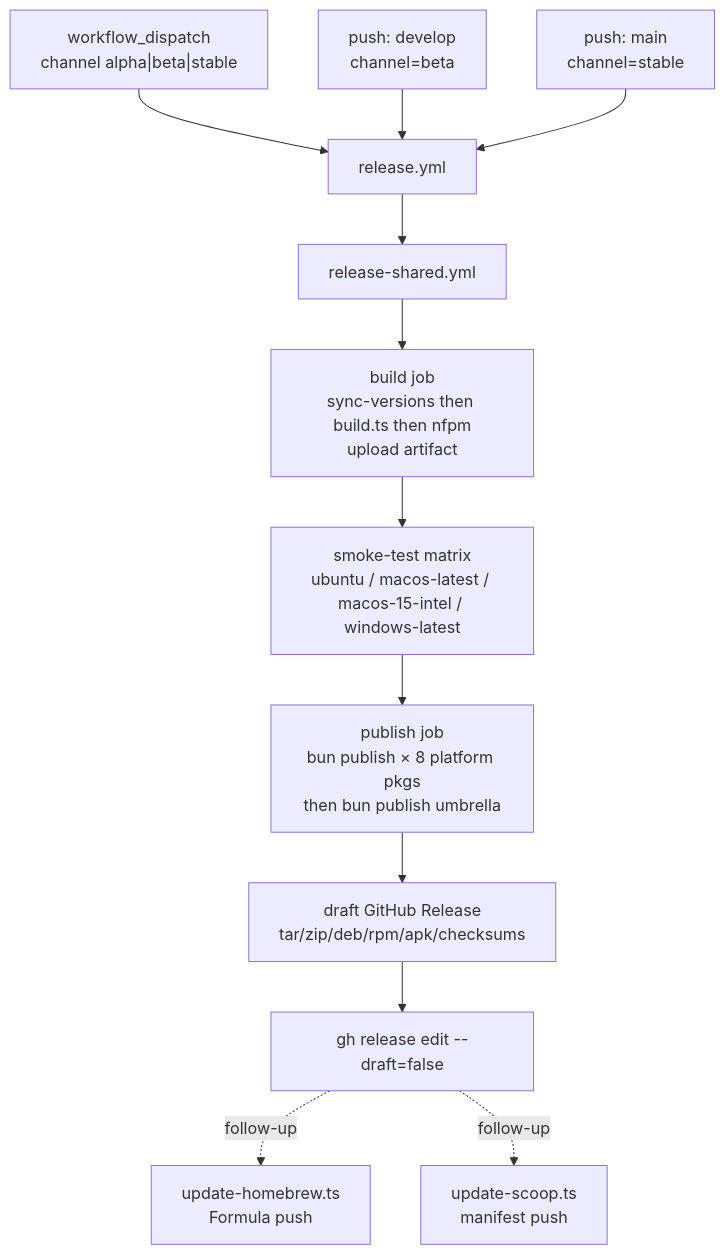
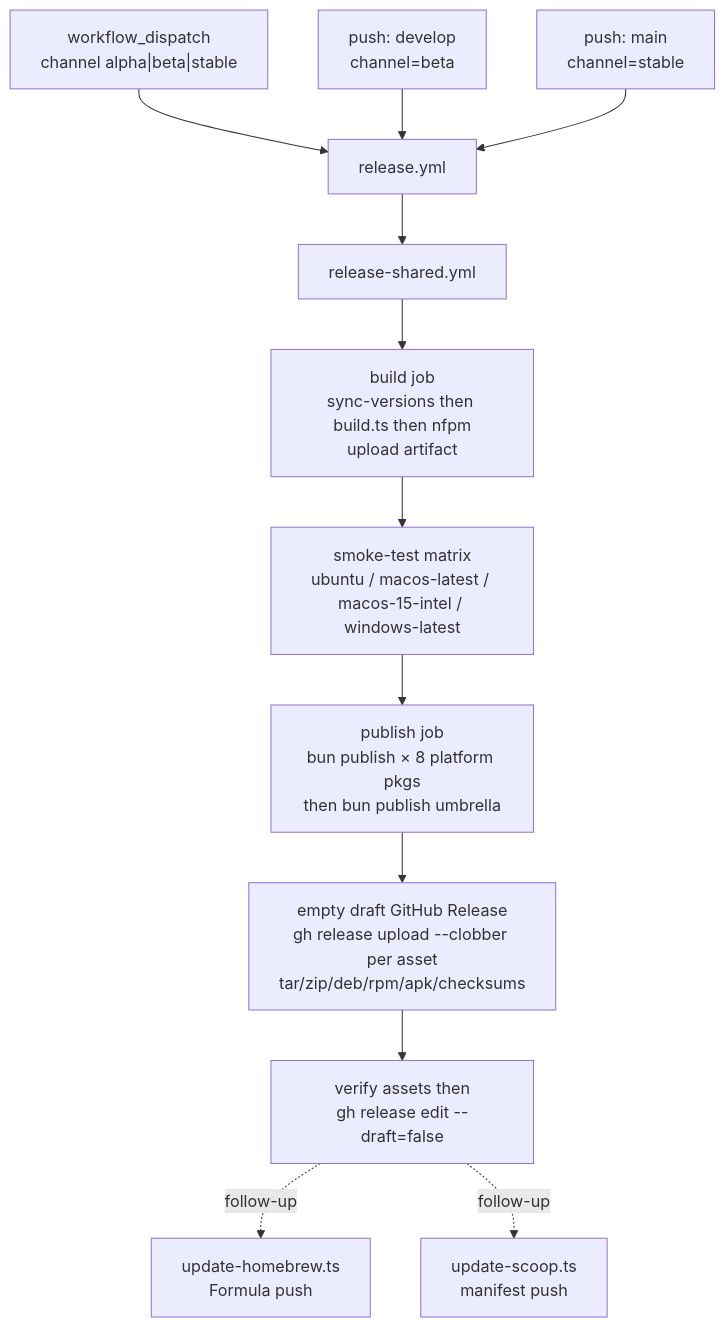
One commit to supabase/cli changed the diagram in docs/adr/0011-cli-release-and-distribution-strategy.md. Above: the diagram before and after it, drawn with Mermaid. The commit also changed other lines of this file and 1 other file, not shown here.

First line of the commit message:
docs(cli): describe per-asset release upload and verification (CLI-2455)

````diff
--- a/docs/adr/0011-cli-release-and-distribution-strategy.md
+++ b/docs/adr/0011-cli-release-and-distribution-strategy.md
@@ -134,23 +134,23 @@
 ```mermaid
 flowchart TD
     dispatch["workflow_dispatch<br/>channel alpha|beta|stable"]
     pushDev["push: develop<br/>channel=beta"]
     pushMain["push: main<br/>channel=stable"]
     releaseYml["release.yml"]
     shared["release-shared.yml"]
     build["build job<br/>sync-versions then build.ts then nfpm<br/>upload artifact"]
     smoke["smoke-test matrix<br/>ubuntu / macos-latest / macos-15-intel / windows-latest"]
     publish["publish job<br/>bun publish × 8 platform pkgs<br/>then bun publish umbrella"]
-    ghRelease["draft GitHub Release<br/>tar/zip/deb/rpm/apk/checksums"]
-    finalize["gh release edit --draft=false"]
+    ghRelease["empty draft GitHub Release<br/>gh release upload --clobber per asset<br/>tar/zip/deb/rpm/apk/checksums"]
+    finalize["verify assets then<br/>gh release edit --draft=false"]
     hbUpdate["update-homebrew.ts<br/>Formula push"]
     scoopUpdate["update-scoop.ts<br/>manifest push"]
 
     dispatch --> releaseYml
     pushDev --> releaseYml
     pushMain --> releaseYml
     releaseYml --> shared
     shared --> build --> smoke --> publish --> ghRelease --> finalize
     finalize -.follow-up.-> hbUpdate
     finalize -.follow-up.-> scoopUpdate
 ```
````
